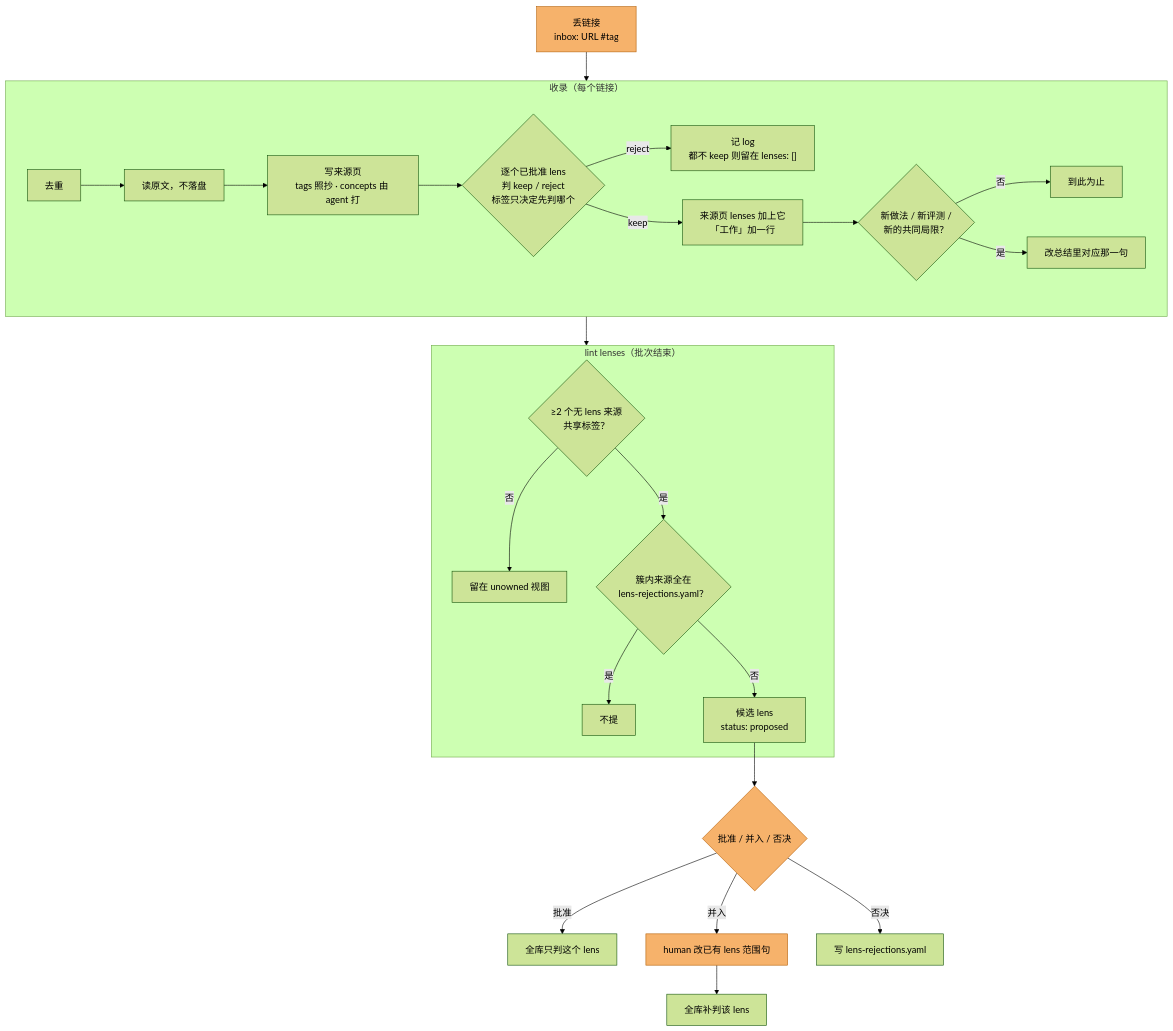
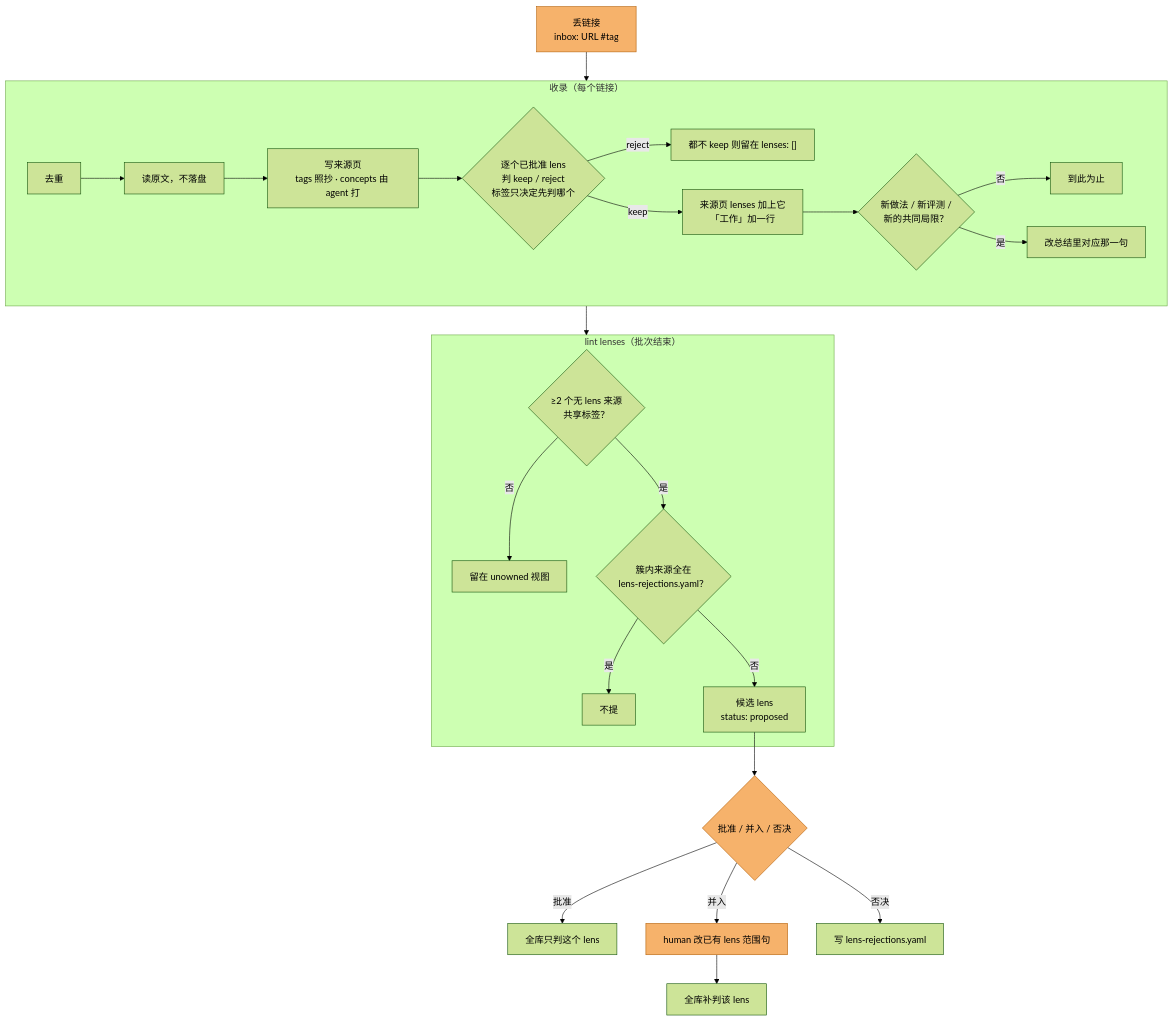
One commit to ZJLi2013/exocortex changed the diagram in docs/design.md. Above: the diagram before and after it, drawn with Mermaid (forest theme). The commit also changed other lines of this file and 9 other files, not shown here.

First line of the commit message:
Record the design rationale, clean up process records, add a product roadmap (#33)

````diff
--- a/docs/design.md
+++ b/docs/design.md
@@ -11,25 +12,25 @@
 ```mermaid
 flowchart TD
     drop["丢链接<br/>inbox: URL #tag"]:::human --> ingest
     subgraph ingest["收录（每个链接）"]
         dedupe[去重] --> read[读原文，不落盘] --> page["写来源页<br/>tags 照抄 · concepts 由 agent 打"]
         page --> judge{"逐个已批准 lens<br/>判 keep / reject<br/>标签只决定先判哪个"}
-        judge -- reject --> log1["记 log<br/>都不 keep 则留在 lenses: []"]
+        judge -- reject --> log1["都不 keep 则留在 lenses: []"]
         judge -- keep --> owned["来源页 lenses 加上它<br/>「工作」加一行"]
         owned --> summary{"新做法 / 新评测 /<br/>新的共同局限？"}
         summary -- 否 --> done[到此为止]
         summary -- 是 --> rewrite["改总结里对应那一句"]
     end
     ingest --> lint
     subgraph lint["lint lenses（批次结束）"]
         cluster{"≥2 个无 lens 来源<br/>共享标签？"} -- 否 --> nolens[留在 unowned 视图]
         cluster -- 是 --> rejected{"簇内来源全在<br/>lens-rejections.yaml？"}
         rejected -- 是 --> skip[不提]
         rejected -- 否 --> proposed["候选 lens<br/>status: proposed"]
     end
     proposed --> decide{"批准 / 并入 / 否决"}:::human
     decide -- 批准 --> rejudge["全库只判这个 lens"]
     decide -- 并入 --> scope["human 改已有 lens 范围句"]:::human --> rejudge2[全库补判该 lens]
     decide -- 否决 --> reject["写 lens-rejections.yaml"]
     classDef human fill:#f6b26b,stroke:#b45f06,color:#000
 ```
````
